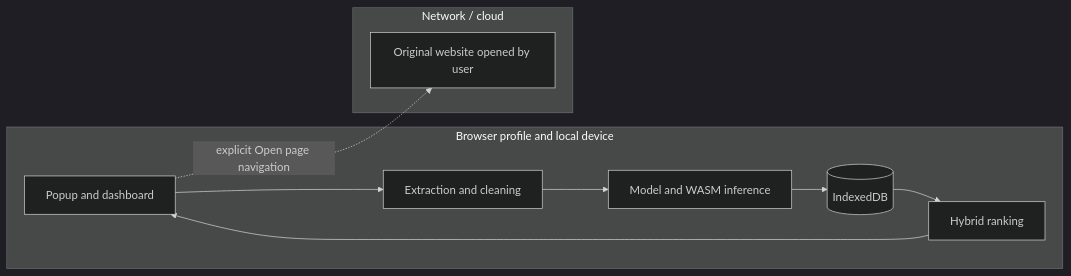
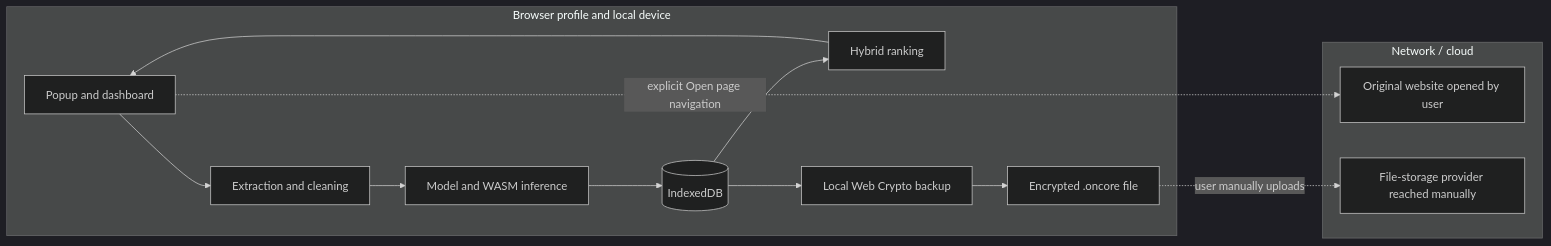
The fourth of 4 diagrams in ARCHITECTURE.md (Md-Hamzah-Omair/on-core), drawn with Mermaid (dark theme) before and after one commit. The commit also changed other lines of this file and 34 other files, not shown here.

````diff
--- a/ARCHITECTURE.md
+++ b/ARCHITECTURE.md
@@ -95,15 +96,19 @@
 ```mermaid
 flowchart LR
   subgraph Device[Browser profile and local device]
     UI[Popup and dashboard]
     EX[Extraction and cleaning]
     AI[Model and WASM inference]
     DB[(IndexedDB)]
     HR[Hybrid ranking]
     UI --> EX --> AI --> DB --> HR --> UI
+    DB --> BK[Local Web Crypto backup]
+    BK --> FILE[Encrypted .oncore file]
   end
   subgraph Network[Network / cloud]
     SITE[Original website opened by user]
+    CLOUD[File-storage provider reached manually]
   end
   UI -. explicit Open page navigation .-> SITE
+  FILE -. user manually uploads .-> CLOUD
 ```
````
